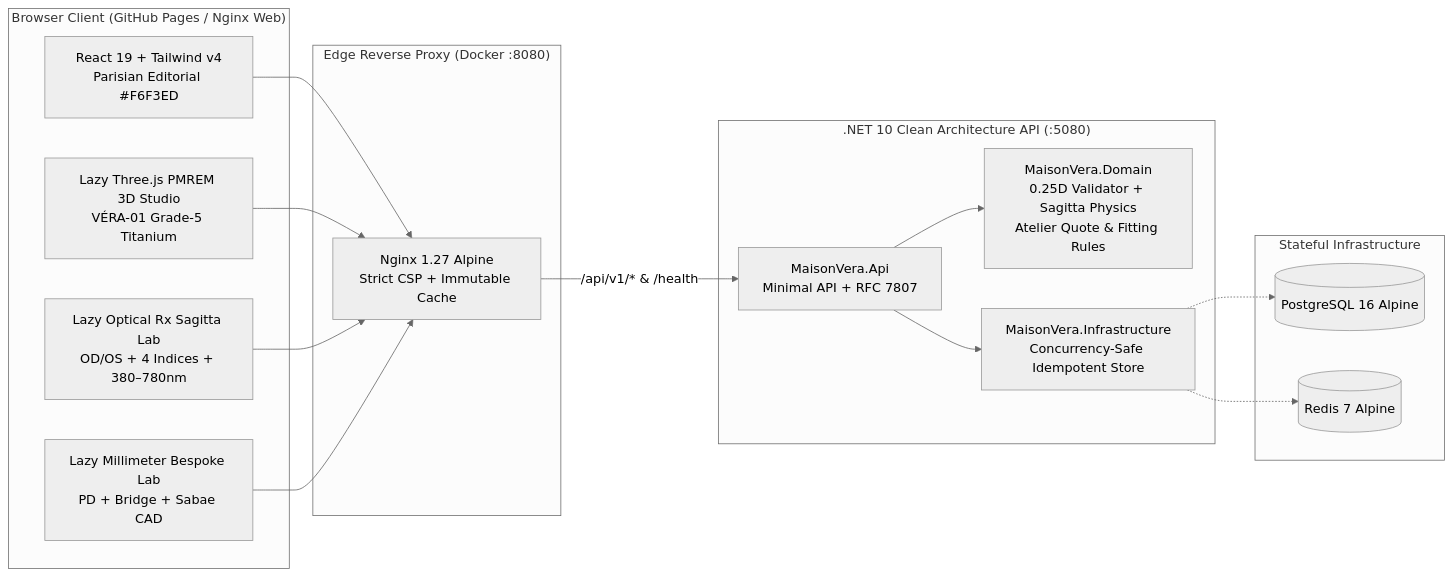
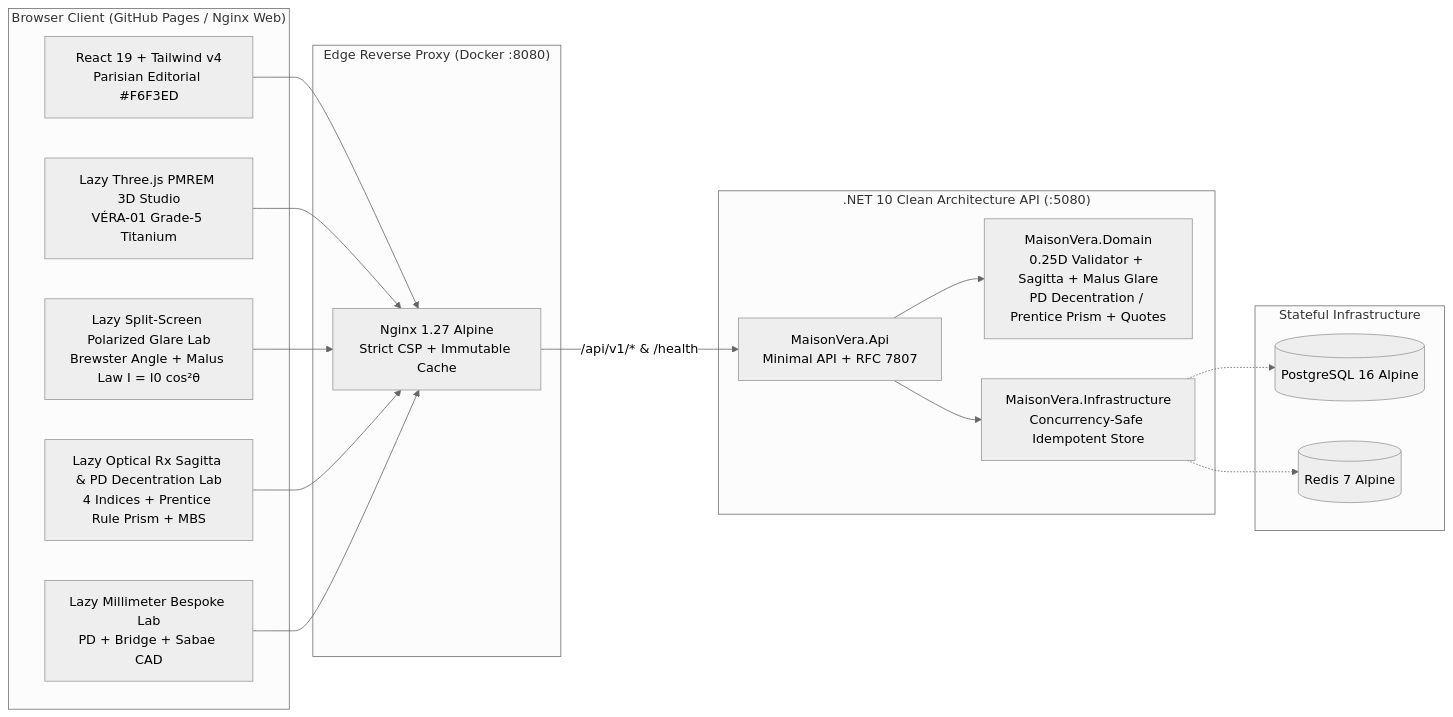
Before and after one commit to tvt987/maison-vera: the diagram in README.md, drawn with Mermaid (neutral theme). The commit also changed other lines of this file and 24 other files, not shown here.

Commit message:
feat(v6.0): Split-Screen Polarized Glare & AR Physics Lab, PD Decentration/Prentice Prism Check & .NET 10 API

````diff
--- a/README.md
+++ b/README.md
@@ -11,34 +11,36 @@
 ```mermaid
 flowchart LR
   subgraph Client["Browser Client (GitHub Pages / Nginx Web)"]
     UI["React 19 + Tailwind v4<br/>Parisian Editorial #F6F3ED"]
     Three["Lazy Three.js PMREM 3D Studio<br/>VÉRA-01 Grade-5 Titanium"]
-    RxLab["Lazy Optical Rx Sagitta Lab<br/>OD/OS + 4 Indices + 380–780nm"]
+    GlareLab["Lazy Split-Screen Polarized Glare Lab<br/>Brewster Angle + Malus Law I = I0 cos²θ"]
+    RxLab["Lazy Optical Rx Sagitta & PD Decentration Lab<br/>4 Indices + Prentice Rule Prism + MBS"]
     Sizing["Lazy Millimeter Bespoke Lab<br/>PD + Bridge + Sabae CAD"]
   end
 
   subgraph Edge["Edge Reverse Proxy (Docker :8080)"]
     Nginx["Nginx 1.27 Alpine<br/>Strict CSP + Immutable Cache"]
   end
 
   subgraph Backend[".NET 10 Clean Architecture API (:5080)"]
     Api["MaisonVera.Api<br/>Minimal API + RFC 7807"]
-    Domain["MaisonVera.Domain<br/>0.25D Validator + Sagitta Physics<br/>Atelier Quote & Fitting Rules"]
+    Domain["MaisonVera.Domain<br/>0.25D Validator + Sagitta + Malus Glare<br/>PD Decentration / Prentice Prism + Quotes"]
     Infra["MaisonVera.Infrastructure<br/>Concurrency-Safe Idempotent Store"]
   end
 
   subgraph Data["Stateful Infrastructure"]
     PG[("PostgreSQL 16 Alpine")]
     Redis[("Redis 7 Alpine")]
   end
 
   UI --> Nginx
   Three --> Nginx
+  GlareLab --> Nginx
   RxLab --> Nginx
   Sizing --> Nginx
   Nginx -->|"/api/v1/* & /health"| Api
   Api --> Domain
   Api --> Infra
   Infra -.-> PG
   Infra -.-> Redis
 ```
````
